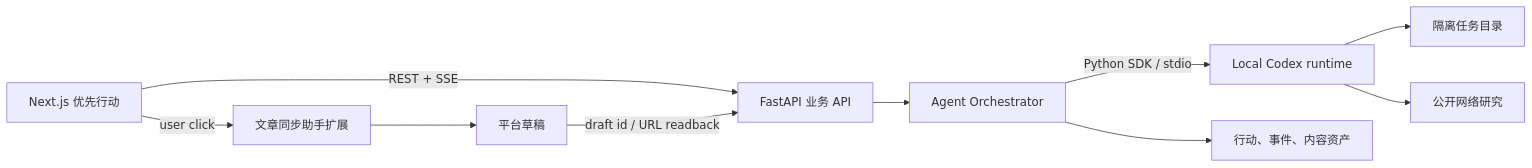
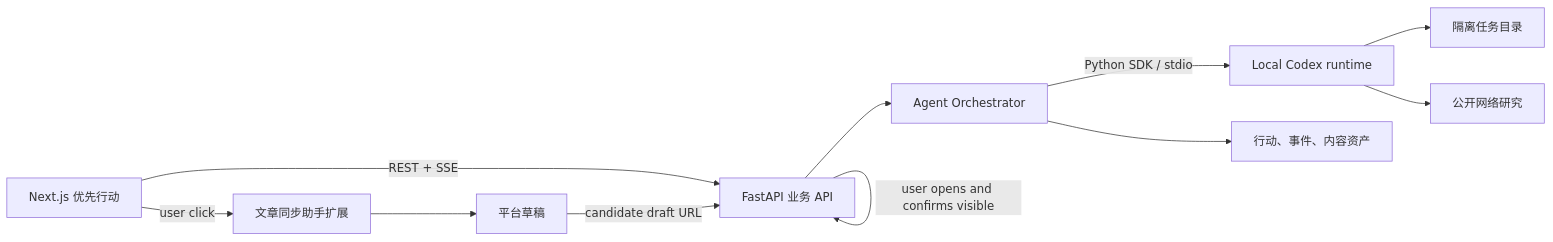
One commit to ismailaolveira-crypto/answerreach-geo changed the first of 2 diagrams in docs/product/CODEX_AGENT_INTEGRATION_IMPLEMENTATION.md. Above: the diagram before and after it, drawn with Mermaid. The commit also changed other lines of this file and 20 other files, not shown here.

````diff
--- a/docs/product/CODEX_AGENT_INTEGRATION_IMPLEMENTATION.md
+++ b/docs/product/CODEX_AGENT_INTEGRATION_IMPLEMENTATION.md
@@ -14,12 +14,13 @@
 ```mermaid
 flowchart LR
     UI["Next.js 优先行动"] -->|REST + SSE| API["FastAPI 业务 API"]
     API --> ORCH["Agent Orchestrator"]
     ORCH -->|Python SDK / stdio| CODEX["Local Codex runtime"]
     CODEX --> RUN["隔离任务目录"]
     CODEX --> WEB["公开网络研究"]
     ORCH --> DB["行动、事件、内容资产"]
     UI -->|user click| EXT["文章同步助手扩展"]
     EXT --> DRAFT["平台草稿"]
-    DRAFT -->|draft id / URL readback| API
+    DRAFT -->|candidate draft URL| API
+    API -->|user opens and confirms visible| API
 ```
````
